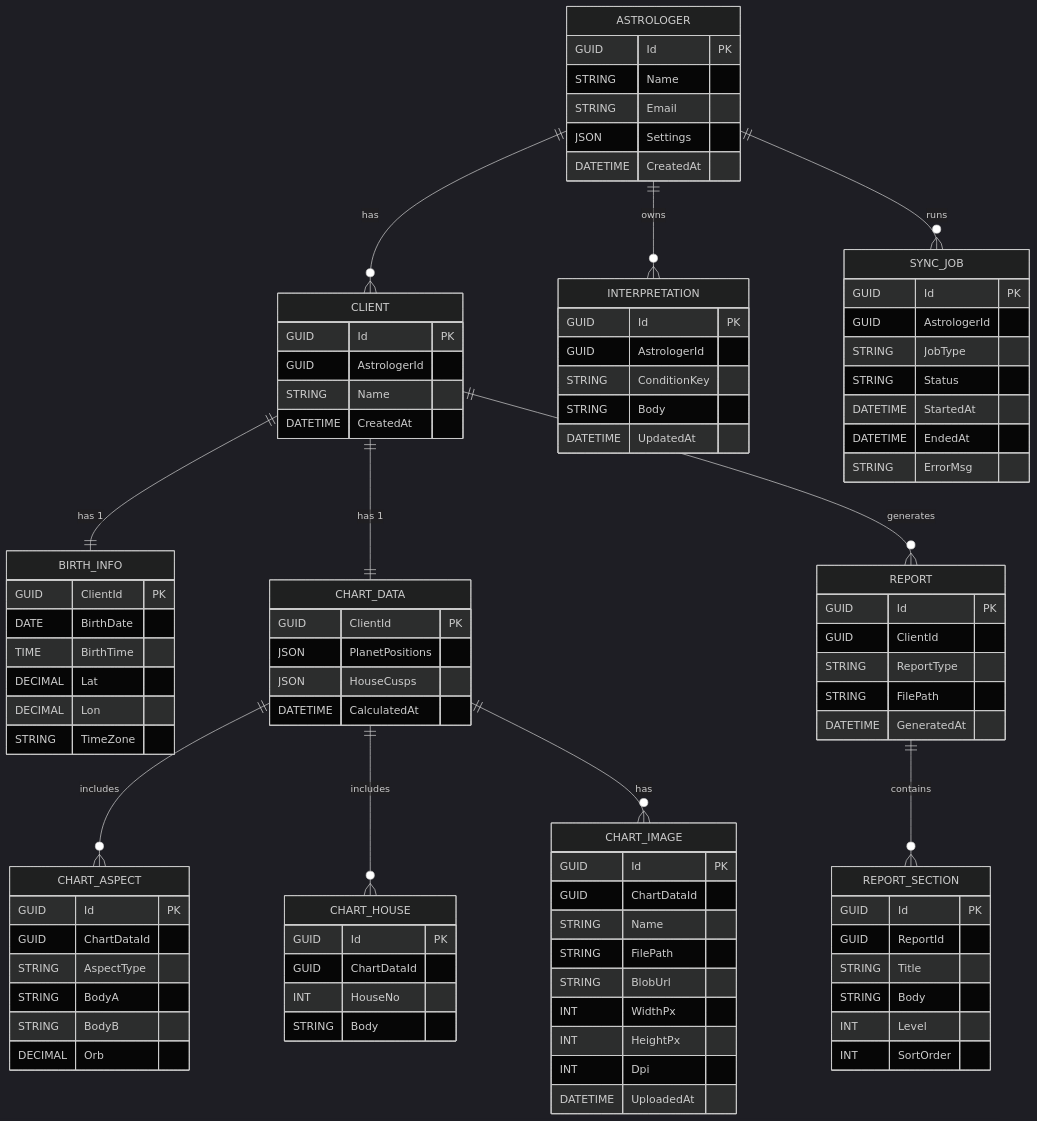
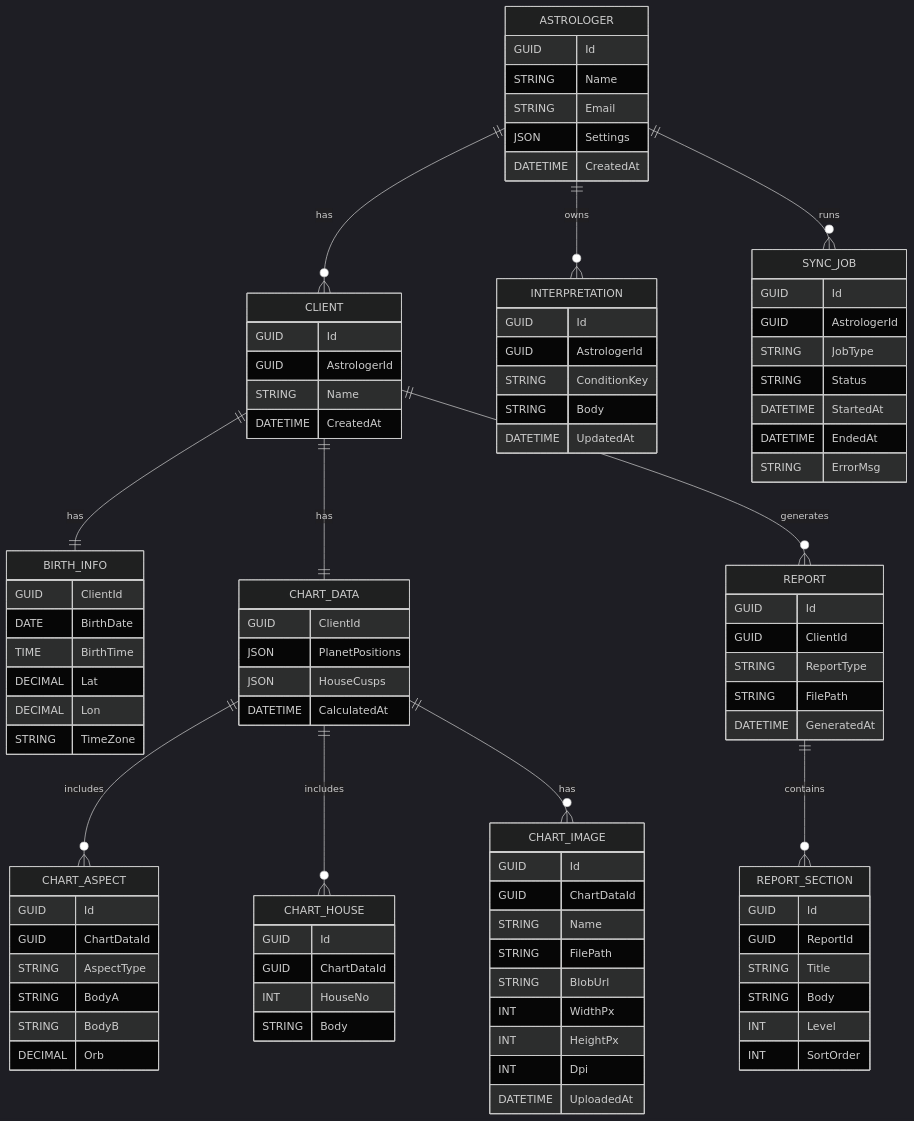
The diagram in docs/data-design.md (i-tachiiri/template-avalonia), drawn with Mermaid (dark theme) before and after one commit.

```diff
--- a/docs/data-design.md
+++ b/docs/data-design.md
@@ -32,8 +32,8 @@
     ASTROLOGER ||--o{ INTERPRETATION : owns
     ASTROLOGER ||--o{ SYNC_JOB : runs
 
-    CLIENT ||--|| BIRTH_INFO : "has 1"
-    CLIENT ||--|| CHART_DATA : "has 1"
+    CLIENT ||--|| BIRTH_INFO : has
+    CLIENT ||--|| CHART_DATA : has
     CLIENT ||--o{ REPORT : generates
 
     REPORT ||--o{ REPORT_SECTION : contains
@@ -43,7 +43,7 @@
     CHART_DATA ||--o{ CHART_IMAGE  : has
 
     ASTROLOGER {
-      GUID Id PK
+      GUID Id
       STRING Name
       STRING Email
       JSON Settings
@@ -51,7 +51,7 @@
     }
 
     SYNC_JOB {
-      GUID Id PK
+      GUID Id
       GUID AstrologerId
       STRING JobType
       STRING Status
@@ -61,7 +61,7 @@
     }
 
     INTERPRETATION {
-      GUID Id PK
+      GUID Id
       GUID AstrologerId
       STRING ConditionKey
       STRING Body
@@ -69,14 +69,14 @@
     }
 
     CLIENT {
-      GUID Id PK
+      GUID Id
       GUID AstrologerId
       STRING Name
       DATETIME CreatedAt
     }
 
     BIRTH_INFO {
-      GUID ClientId PK
+      GUID ClientId
       DATE BirthDate
       TIME BirthTime
       DECIMAL Lat
@@ -85,14 +85,14 @@
     }
 
     CHART_DATA {
-      GUID ClientId PK
+      GUID ClientId
       JSON PlanetPositions
       JSON HouseCusps
       DATETIME CalculatedAt
     }
 
     CHART_ASPECT {
-      GUID Id PK
+      GUID Id
       GUID ChartDataId
       STRING AspectType
       STRING BodyA
@@ -101,14 +101,14 @@
     }
 
     CHART_HOUSE {
-      GUID Id PK
+      GUID Id
       GUID ChartDataId
       INT HouseNo
       STRING Body
     }
 
     CHART_IMAGE {
-      GUID Id PK
+      GUID Id
       GUID ChartDataId
       STRING Name
       STRING FilePath
@@ -120,7 +120,7 @@
     }
 
     REPORT {
-      GUID Id PK
+      GUID Id
       GUID ClientId
       STRING ReportType
       STRING FilePath
@@ -128,7 +128,7 @@
     }
 
     REPORT_SECTION {
-      GUID Id PK
+      GUID Id
       GUID ReportId
       STRING Title
       STRING Body
```
